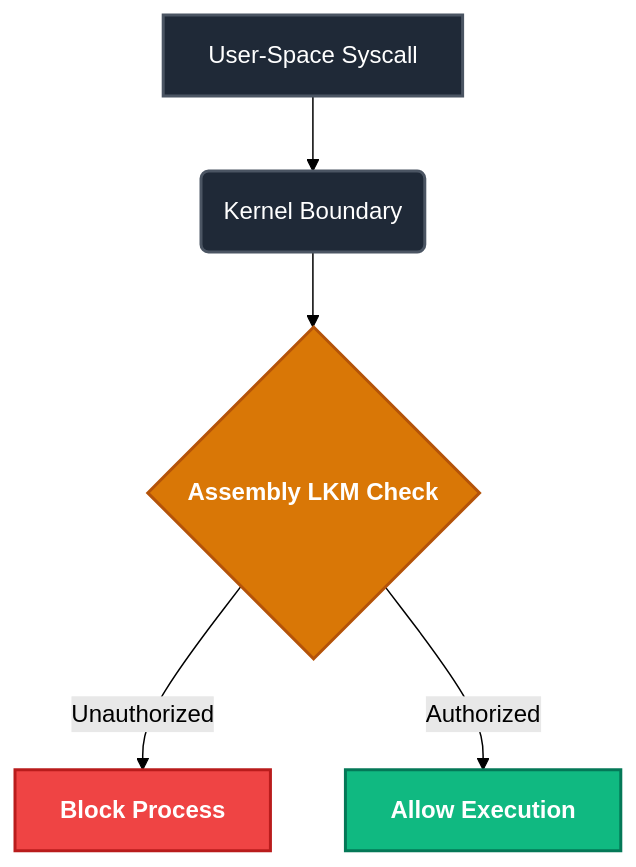
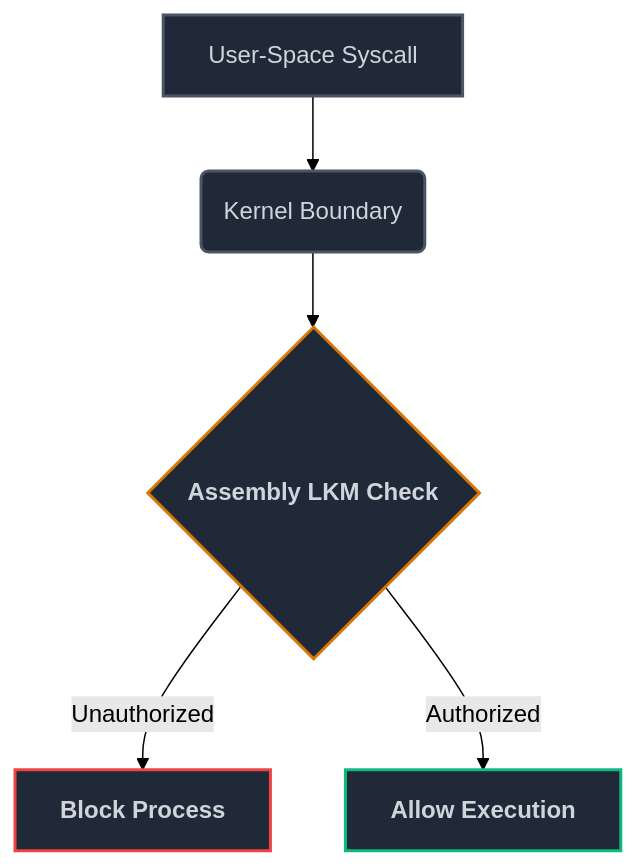
One commit to boutaba-motezeballah/linux-kernel-hardening changed the diagram in README.md. Above: the diagram before and after it, drawn with Mermaid (forest theme).

````diff
--- a/README.md
+++ b/README.md
@@ -9,17 +9,18 @@
 ```mermaid
 graph TD
-    classDef target fill:#1f2937,stroke:#4b5563,stroke-width:2px,color:#ffffff;
-    classDef logic fill:#d97706,stroke:#b45309,stroke-width:2px,color:#ffffff,font-weight:bold;
-    classDef action fill:#ef4444,stroke:#b91c1c,stroke-width:2px,color:#ffffff,font-weight:bold;
-    classDef secure fill:#10b981,stroke:#047857,stroke-width:2px,color:#ffffff,font-weight:bold;
+    classDef default fill:#111827,stroke:#374151,stroke-width:2px,color:#9ca3af;
+    classDef target fill:#1f2937,stroke:#4b5563,stroke-width:2px,color:#d1d5db;
+    classDef logic fill:#1f2937,stroke:#d97706,stroke-width:2px,color:#d1d5db,font-weight:bold;
+    classDef action fill:#1f2937,stroke:#ef4444,stroke-width:2px,color:#d1d5db,font-weight:bold;
+    classDef secure fill:#1f2937,stroke:#10b981,stroke-width:2px,color:#d1d5db,font-weight:bold;
 
     A[User-Space Syscall] --> B(Kernel Boundary)
     B --> C{Assembly LKM Check}
     C -->|Unauthorized| D[Block Process]
     C -->|Authorized| E[Allow Execution]
 
     class A,B target;
     class C logic;
     class D action;
     class E secure;
 ```
````
